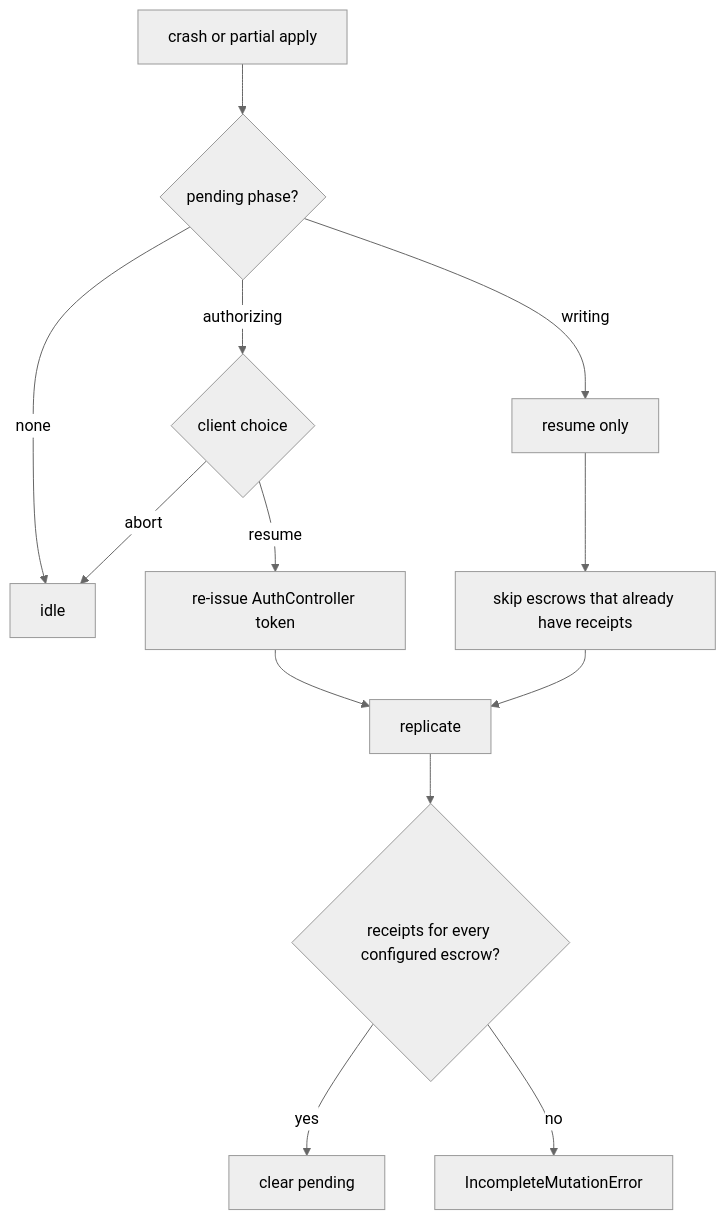
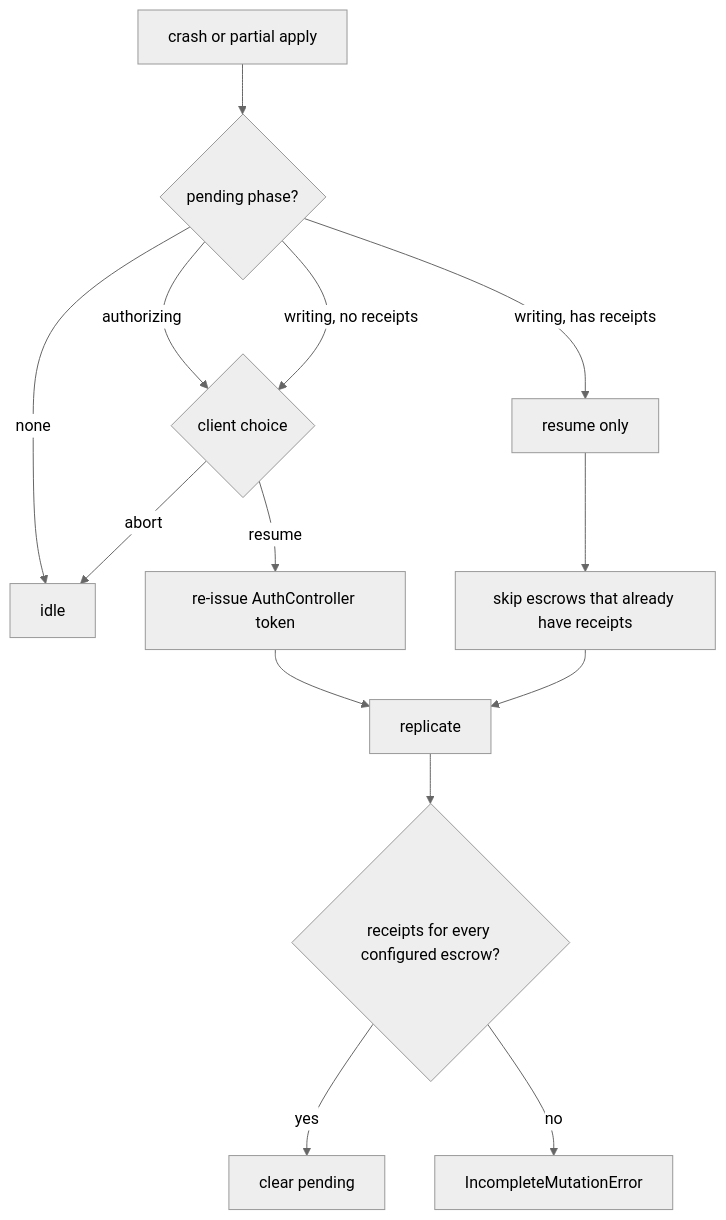
One commit to MetaMask/core changed the sixth of 6 diagrams in packages/mfa-recovery-controller/ARCHITECTURE.md. Above: the diagram before and after it, drawn with Mermaid (neutral theme). The commit also changed other lines of this file and 9 other files, not shown here.

First line of the commit message:
feat(mfa-recovery-controller): refuse overlapping mutations and abort only before receipts

````diff
--- a/packages/mfa-recovery-controller/ARCHITECTURE.md
+++ b/packages/mfa-recovery-controller/ARCHITECTURE.md
@@ -181,15 +182,16 @@
 ```mermaid
 flowchart TD
   Crash[crash or partial apply] --> Phase{pending phase?}
   Phase -->|none| Idle[idle]
   Phase -->|authorizing| AbortOrResume{client choice}
   AbortOrResume -->|abort| Idle
   AbortOrResume -->|resume| Auth[re-issue AuthController token]
   Auth --> Write[replicate]
-  Phase -->|writing| ResumeOnly[resume only]
+  Phase -->|writing, no receipts| AbortOrResume
+  Phase -->|writing, has receipts| ResumeOnly[resume only]
   ResumeOnly --> Skip[skip escrows that already have receipts]
   Skip --> Write
   Write --> All{receipts for every configured escrow?}
   All -->|yes| Clear[clear pending]
   All -->|no| PendingErr[IncompleteMutationError]
 ```
````
